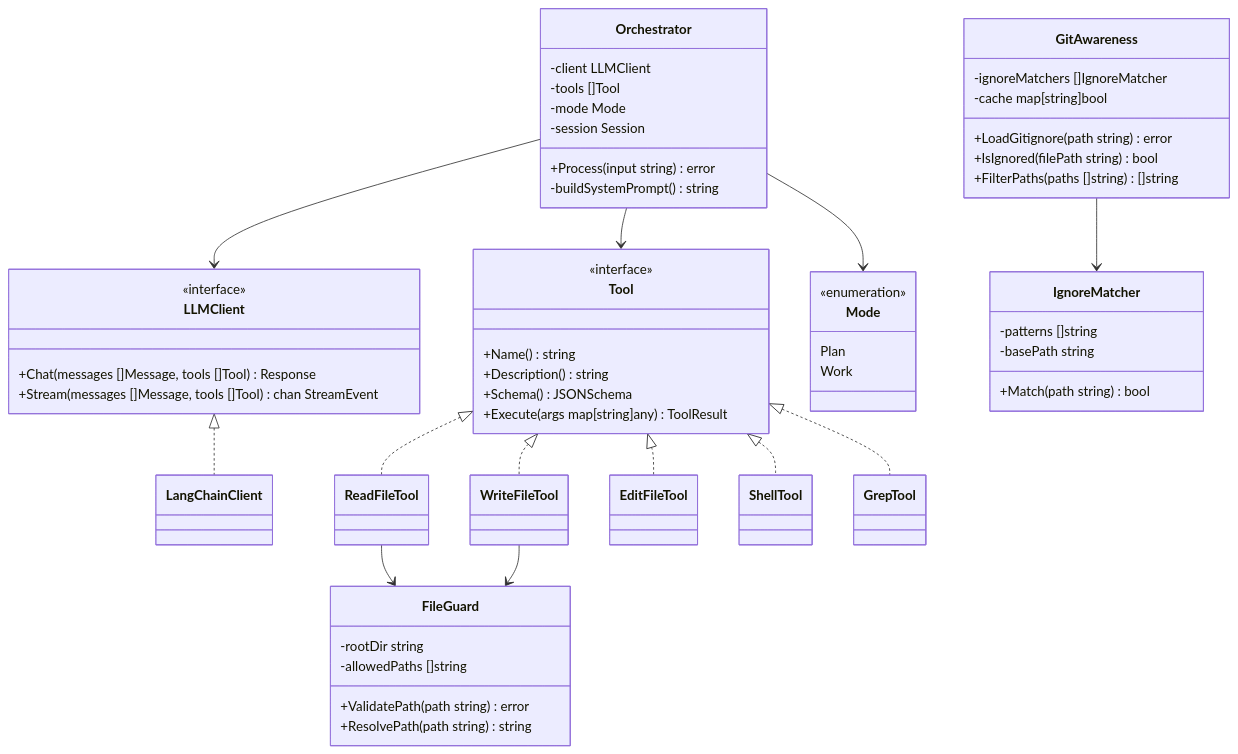
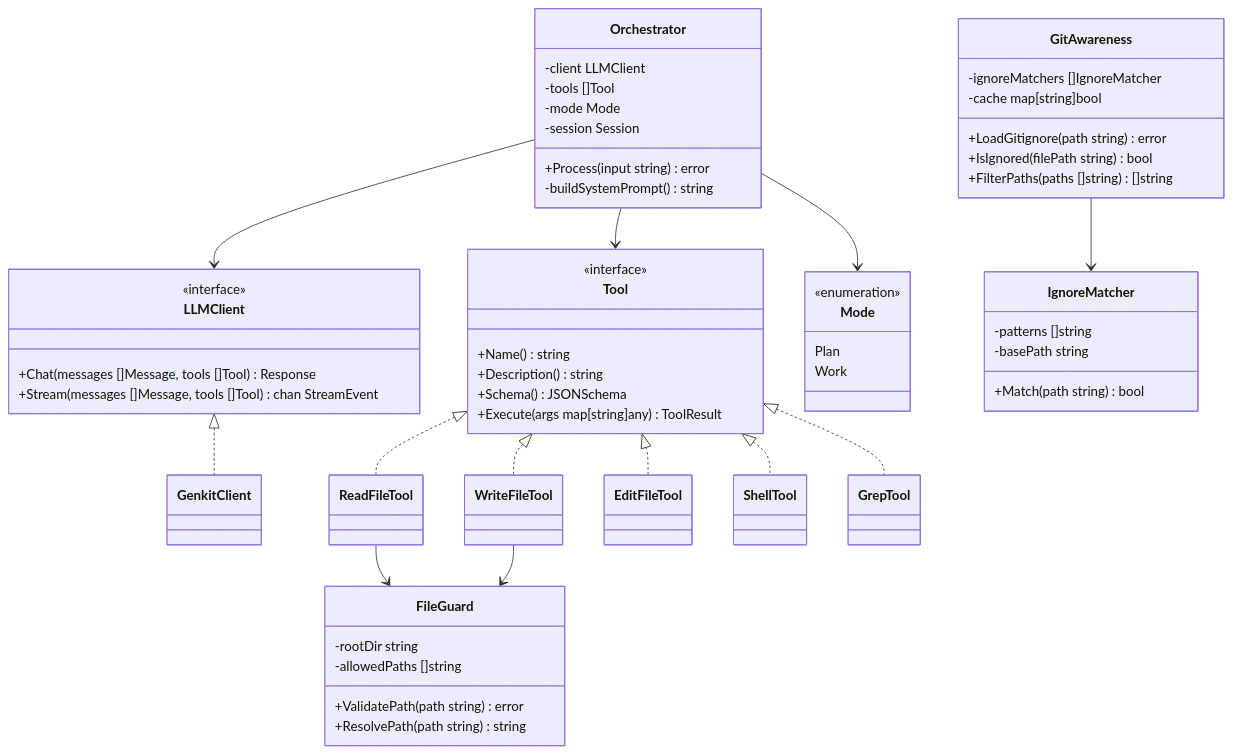
The third of 13 diagrams in .ai-interactions/outputs/phase-1/output-1_rfc.md (mochow13/keen-code), drawn with Mermaid before and after one commit. The commit also changed other lines of this file and 19 other files, not shown here.

````diff
--- a/.ai-interactions/outputs/phase-1/output-1_rfc.md
+++ b/.ai-interactions/outputs/phase-1/output-1_rfc.md
@@ -178,66 +178,66 @@
 ```mermaid
 classDiagram
     class LLMClient {
         <<interface>>
         +Chat(messages []Message, tools []Tool) Response
         +Stream(messages []Message, tools []Tool) chan StreamEvent
     }
 
     class Tool {
         <<interface>>
         +Name() string
         +Description() string
         +Schema() JSONSchema
         +Execute(args map[string]any) ToolResult
     }
 
     class Orchestrator {
         -client LLMClient
         -tools []Tool
         -mode Mode
         -session Session
         +Process(input string) error
         -buildSystemPrompt() string
     }
 
     class Mode {
         <<enumeration>>
         Plan
         Work
     }
 
     class FileGuard {
         -rootDir string
         -allowedPaths []string
         +ValidatePath(path string) error
         +ResolvePath(path string) string
     }
 
     class GitAwareness {
         -ignoreMatchers []IgnoreMatcher
         -cache map[string]bool
         +LoadGitignore(path string) error
         +IsIgnored(filePath string) bool
         +FilterPaths(paths []string) []string
     }
 
     class IgnoreMatcher {
         -patterns []string
         -basePath string
         +Match(path string) bool
     }
 
     GitAwareness --> IgnoreMatcher
 
-    LLMClient <|.. LangChainClient
+    LLMClient <|.. GenkitClient
     Tool <|.. ReadFileTool
     Tool <|.. WriteFileTool
     Tool <|.. EditFileTool
     Tool <|.. ShellTool
     Tool <|.. GrepTool
     Orchestrator --> LLMClient
     Orchestrator --> Tool
     Orchestrator --> Mode
     ReadFileTool --> FileGuard
     WriteFileTool --> FileGuard
 ```
````
